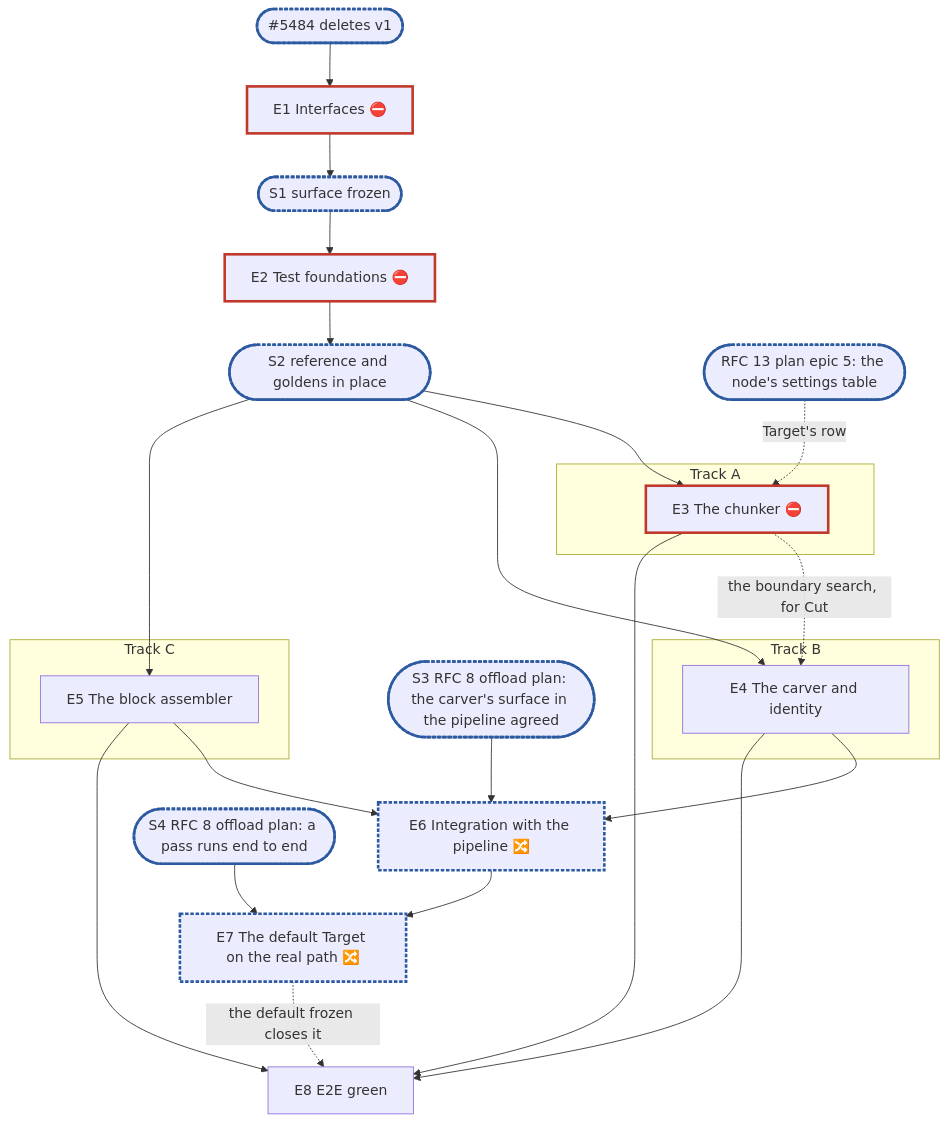
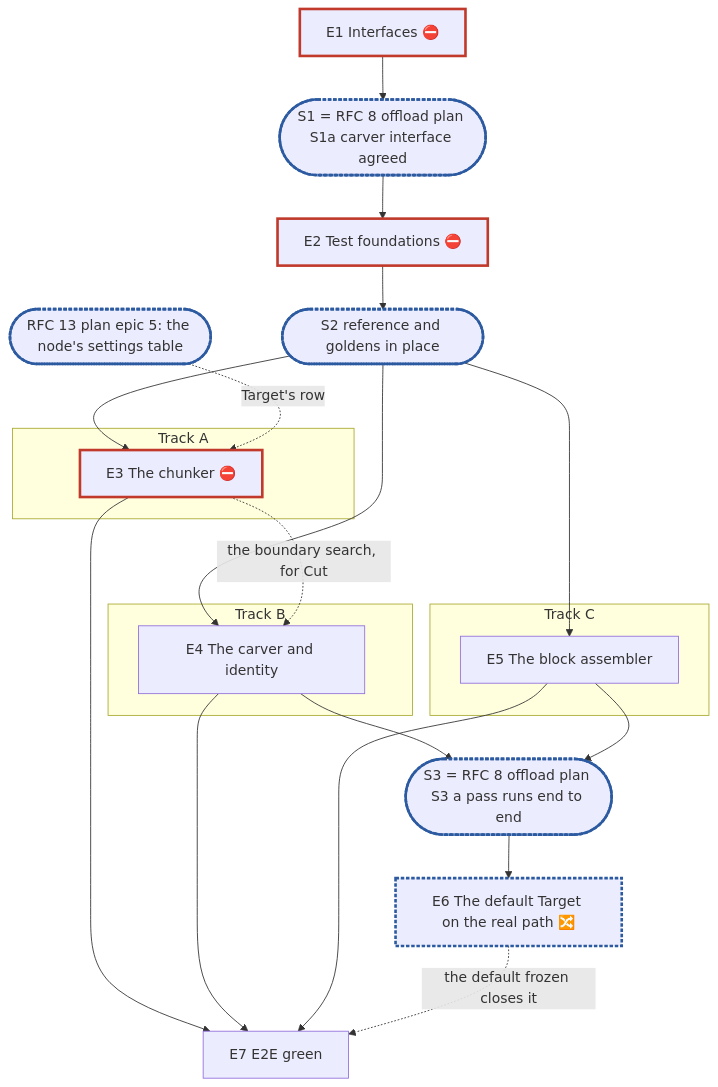
The diagram in .planning/rfc-2-carver-plan.md (cubbit/dittofs), drawn with Mermaid before and after one commit. The commit also changed other lines of this file and 1 other file, not shown here.

First line of the commit message:
docs(planning): fold the offload contract into the RFC 2 plan

````diff
--- a/.planning/rfc-2-carver-plan.md
+++ b/.planning/rfc-2-carver-plan.md
@@ -246,25 +269,23 @@
 ```mermaid
 flowchart TD
-  X1(["#5484 deletes v1"]):::sync --> E1["E1 Interfaces ⛔"]:::blocker --> S1(["S1 surface frozen"]):::sync
+  E1["E1 Interfaces ⛔"]:::blocker --> S1(["S1 = RFC 8 offload plan S1a carver interface agreed"]):::sync
   S1 --> E2["E2 Test foundations ⛔"]:::blocker --> S2(["S2 reference and goldens in place"]):::sync
   subgraph A["Track A"]
     E3["E3 The chunker ⛔"]:::blocker
   end
   subgraph B["Track B"]
     E4["E4 The carver and identity"]
   end
   subgraph C["Track C"]
     E5["E5 The block assembler"]
   end
   S2 --> E3 & E4 & E5
   X2(["RFC 13 plan epic 5: the node's settings table"]):::sync -. "Target's row" .-> E3
   E3 -. "the boundary search, for Cut" .-> E4
-  S3(["S3 RFC 8 offload plan: the carver's surface in the pipeline agreed"]):::sync --> E6["E6 Integration with the pipeline 🔀"]:::sync
-  E4 & E5 --> E6
-  S4(["S4 RFC 8 offload plan: a pass runs end to end"]):::sync --> E7["E7 The default Target on the real path 🔀"]:::sync
-  E6 --> E7
-  E3 & E4 & E5 --> E8["E8 E2E green"]
-  E7 -. "the default frozen closes it" .-> E8
+  E4 & E5 --> S3(["S3 = RFC 8 offload plan S3 a pass runs end to end"]):::sync
+  S3 --> E6["E6 The default Target on the real path 🔀"]:::sync
+  E3 & E4 & E5 --> E7["E7 E2E green"]
+  E6 -. "the default frozen closes it" .-> E7
   classDef blocker stroke:#c0392b,stroke-width:3px
   classDef sync stroke:#2c5aa0,stroke-width:3px,stroke-dasharray:4 2
 ```
````
